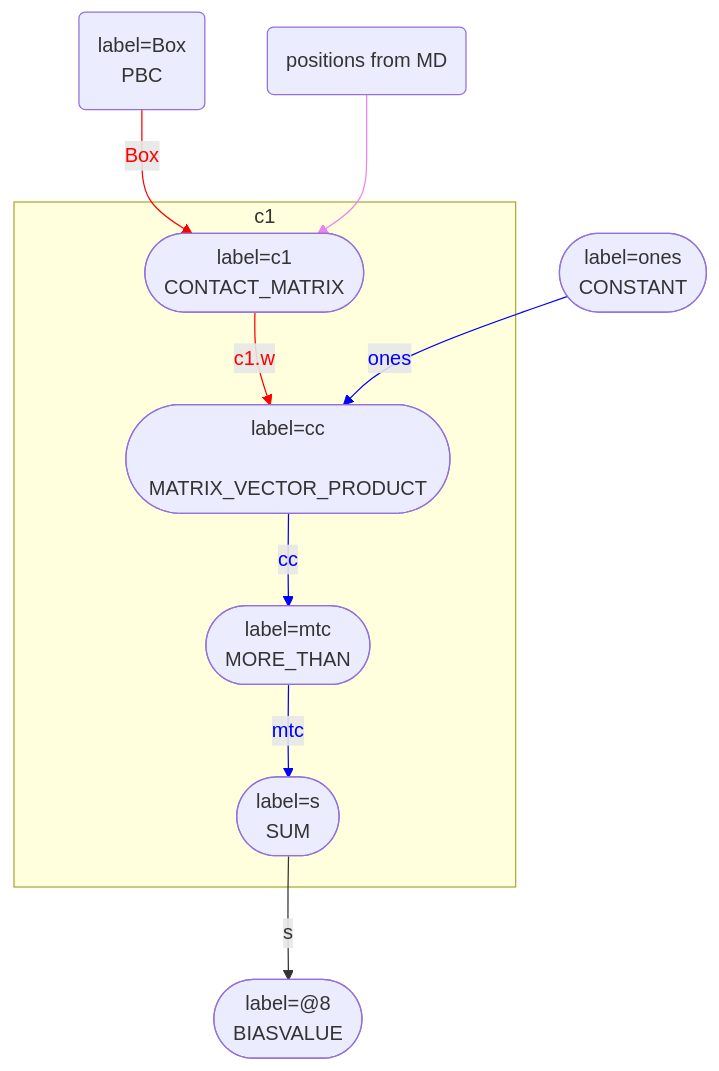
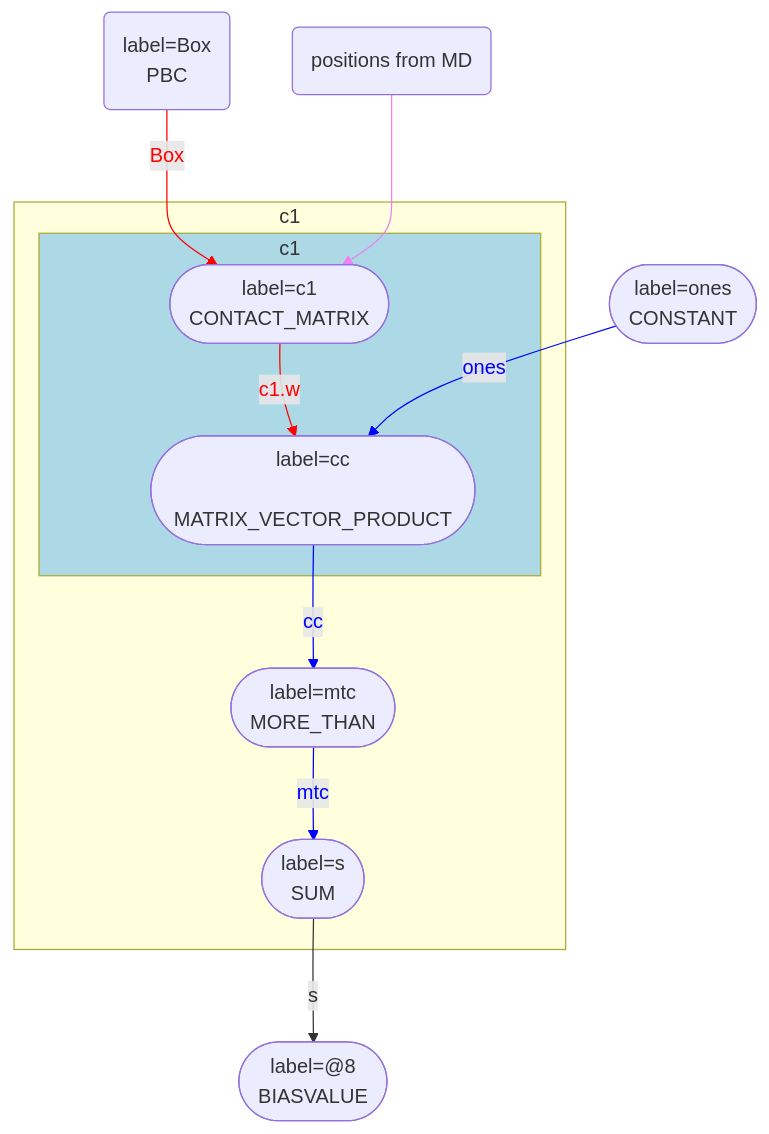
Before and after one commit to gtribello/plumed-thoughts: the first of 4 diagrams in contactMatrix.md, drawn with Mermaid. The commit also changed other lines of this file and 1 other file, not shown here.

Commit message:
updated graphs in these articles

````diff
--- a/contactMatrix.md
+++ b/contactMatrix.md
@@ -48,40 +48,43 @@
 ```mermaid
 flowchart TB
 MD(positions from MD)
 Box("label=Box 
  PBC
 ")
 Box -- Box --> c1
 linkStyle 0 stroke:red,color:red;
 MD --> c1
 linkStyle 1 stroke:violet,color:violet;
 subgraph subc1 [c1]
+subgraph subc1_mat [c1]
 c1(["label=c1
  CONTACT_MATRIX
 "])
 cc(["label=cc
  MATRIX_VECTOR_PRODUCT
 "])
+end
+style subc1_mat fill:lightblue
 mtc(["label=mtc
  MORE_THAN
 "])
 s(["label=s
  SUM
 "])
 end
 ones(["label=ones
  CONSTANT
 "])
 c1 -- c1.w --> cc
 linkStyle 2 stroke:red,color:red;
 ones -- ones --> cc
 linkStyle 3 stroke:blue,color:blue;
 cc -- cc --> mtc
 linkStyle 4 stroke:blue,color:blue;
 mtc -- mtc --> s
 linkStyle 5 stroke:blue,color:blue;
 s -- s --> 8
 8(["label=#64;8
  BIASVALUE
 "])
 ```
````
